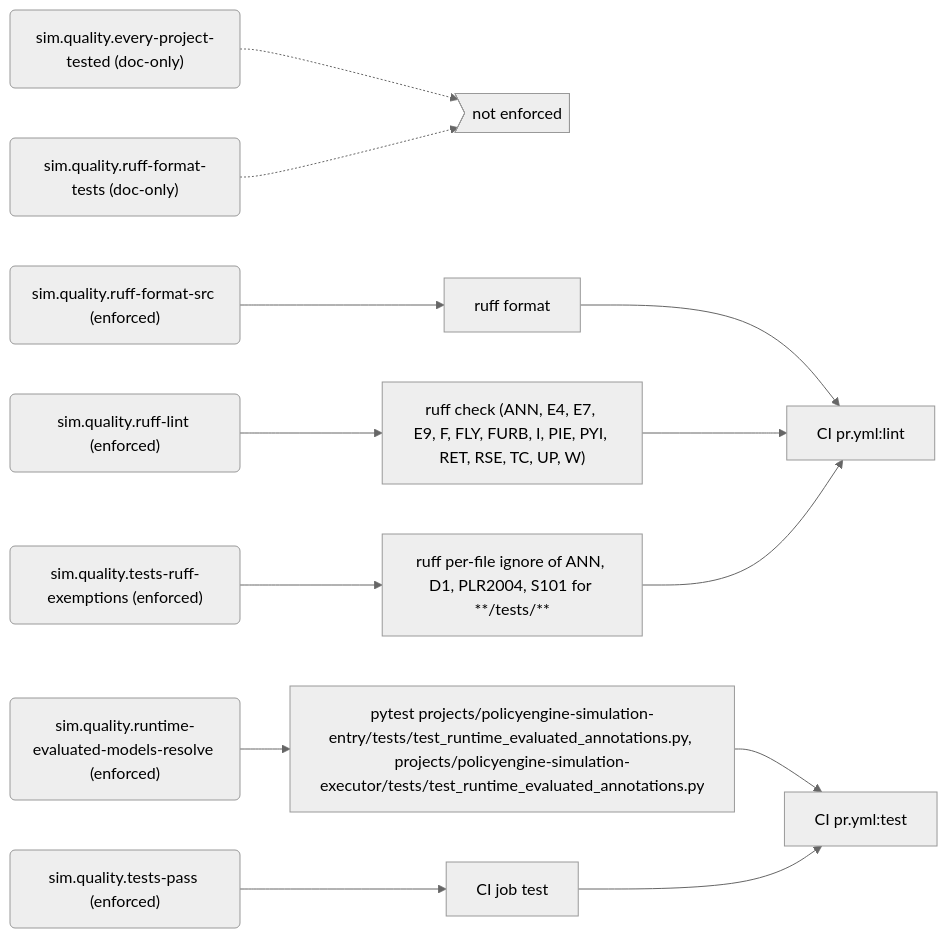
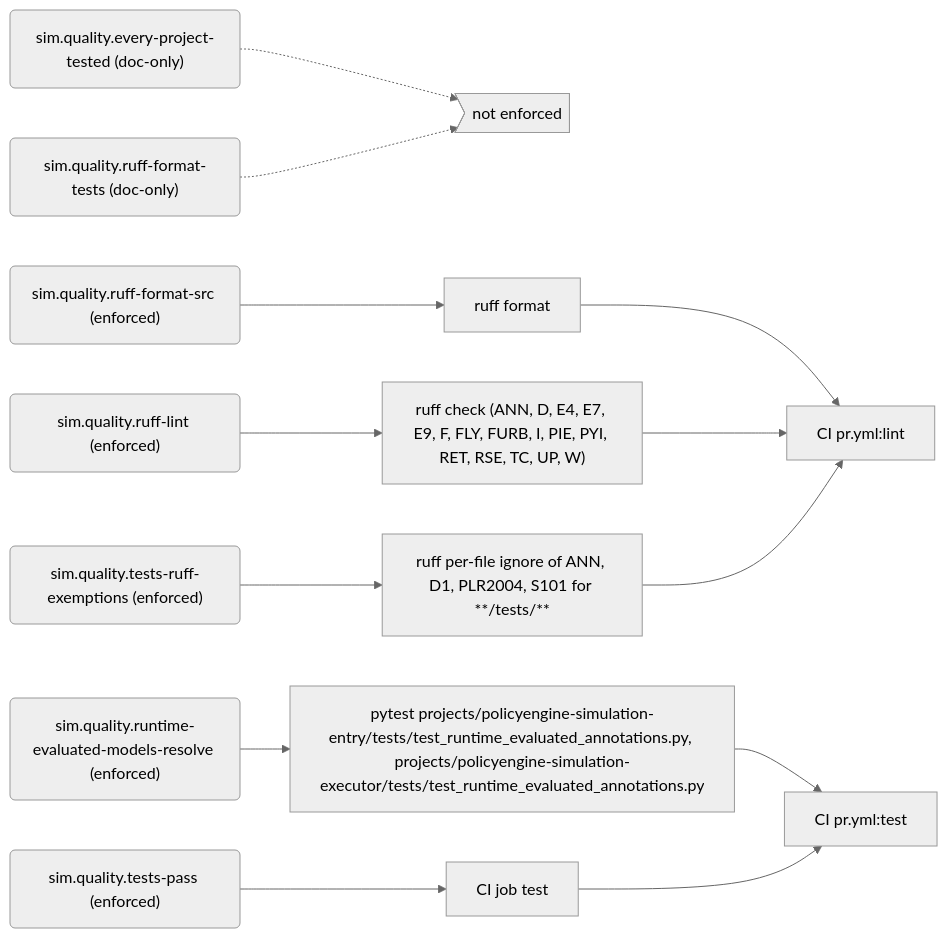
One commit to PolicyEngine/policyengine-sim-api changed the sixth of 8 diagrams in docs/generated/rules.md. Above: the diagram before and after it, drawn with Mermaid (neutral theme). The commit also changed other lines of this file and 3 other files, not shown here.

First line of the commit message:
Register D in the ruff-lint rule

````diff
--- a/docs/generated/rules.md
+++ b/docs/generated/rules.md
@@ -257,30 +257,30 @@
 ```mermaid
 flowchart LR
   r_sim_quality_every_project_tested("sim.quality.every-project-tested (doc-only)")
   gap_unenforced>"not enforced"]
   r_sim_quality_ruff_format_src("sim.quality.ruff-format-src (enforced)")
   e_ruff_format["ruff format"]
   j_CI_pr_yml_lint["CI pr.yml:lint"]
   r_sim_quality_ruff_format_tests("sim.quality.ruff-format-tests (doc-only)")
   r_sim_quality_ruff_lint("sim.quality.ruff-lint (enforced)")
-  e_ruff_check__ANN__E4__E7__E9__F__FLY__FURB__I__PIE__PYI__RET__RSE__TC__UP__W_["ruff check (ANN, E4, E7, E9, F, FLY, FURB, I, PIE, PYI, RET, RSE, TC, UP, W)"]
+  e_ruff_check__ANN__D__E4__E7__E9__F__FLY__FURB__I__PIE__PYI__RET__RSE__TC__UP__W_["ruff check (ANN, D, E4, E7, E9, F, FLY, FURB, I, PIE, PYI, RET, RSE, TC, UP, W)"]
   r_sim_quality_runtime_evaluated_models_resolve("sim.quality.runtime-evaluated-models-resolve (enforced)")
   e_pytest_projects_policyengine_simulation_entry_tests_test_runtime_evaluated_annotations_py__projects_policyengine_simulation_executor_tests_test_runtime_evaluated_annotations_py["pytest projects/policyengine-simulation-entry/tests/test_runtime_evaluated_annotations.py, projects/policyengine-simulation-executor/tests/test_runtime_evaluated_annotations.py"]
   j_CI_pr_yml_test["CI pr.yml:test"]
   r_sim_quality_tests_pass("sim.quality.tests-pass (enforced)")
   e_CI_job_test["CI job test"]
   r_sim_quality_tests_ruff_exemptions("sim.quality.tests-ruff-exemptions (enforced)")
   e_ruff_per_file_ignore_of_ANN__D1__PLR2004__S101_for____tests___["ruff per-file ignore of ANN, D1, PLR2004, S101 for **/tests/**"]
   r_sim_quality_every_project_tested -.-> gap_unenforced
   r_sim_quality_ruff_format_src --> e_ruff_format
   e_ruff_format --> j_CI_pr_yml_lint
   r_sim_quality_ruff_format_tests -.-> gap_unenforced
-  r_sim_quality_ruff_lint --> e_ruff_check__ANN__E4__E7__E9__F__FLY__FURB__I__PIE__PYI__RET__RSE__TC__UP__W_
-  e_ruff_check__ANN__E4__E7__E9__F__FLY__FURB__I__PIE__PYI__RET__RSE__TC__UP__W_ --> j_CI_pr_yml_lint
+  r_sim_quality_ruff_lint --> e_ruff_check__ANN__D__E4__E7__E9__F__FLY__FURB__I__PIE__PYI__RET__RSE__TC__UP__W_
+  e_ruff_check__ANN__D__E4__E7__E9__F__FLY__FURB__I__PIE__PYI__RET__RSE__TC__UP__W_ --> j_CI_pr_yml_lint
   r_sim_quality_runtime_evaluated_models_resolve --> e_pytest_projects_policyengine_simulation_entry_tests_test_runtime_evaluated_annotations_py__projects_policyengine_simulation_executor_tests_test_runtime_evaluated_annotations_py
   e_pytest_projects_policyengine_simulation_entry_tests_test_runtime_evaluated_annotations_py__projects_policyengine_simulation_executor_tests_test_runtime_evaluated_annotations_py --> j_CI_pr_yml_test
   r_sim_quality_tests_pass --> e_CI_job_test
   e_CI_job_test --> j_CI_pr_yml_test
   r_sim_quality_tests_ruff_exemptions --> e_ruff_per_file_ignore_of_ANN__D1__PLR2004__S101_for____tests___
   e_ruff_per_file_ignore_of_ANN__D1__PLR2004__S101_for____tests___ --> j_CI_pr_yml_lint
 ```
````
